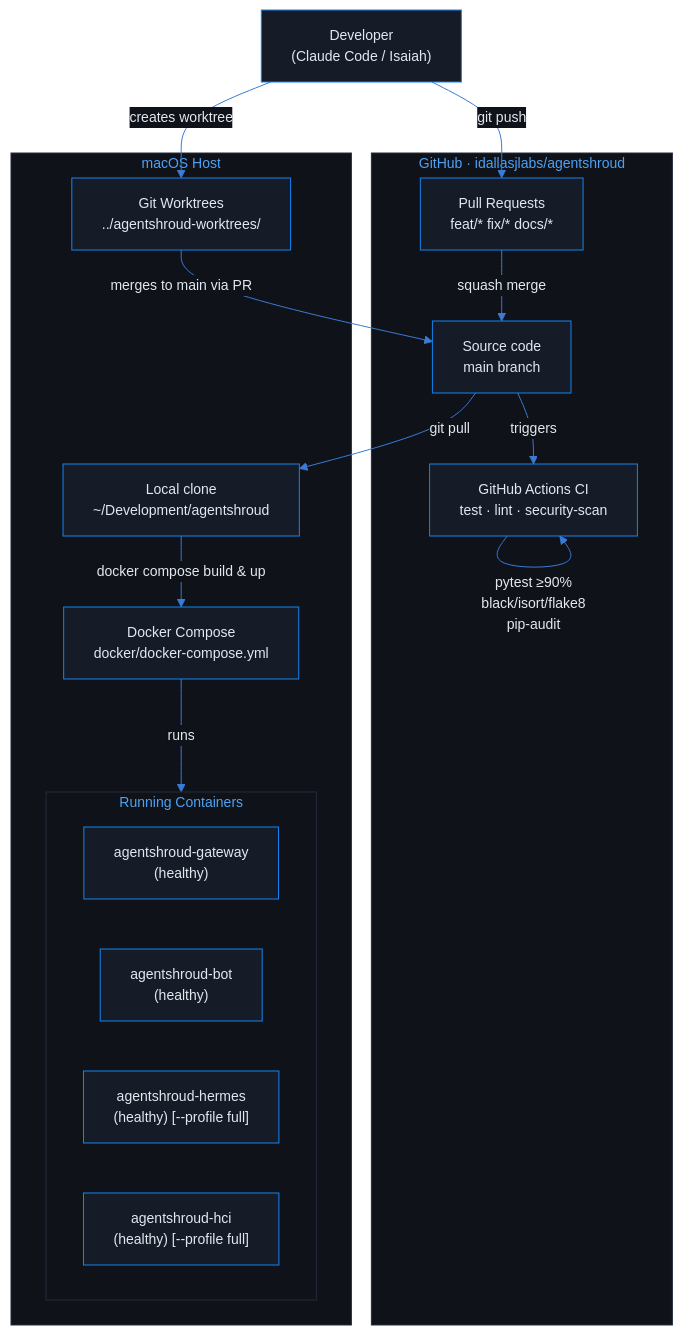
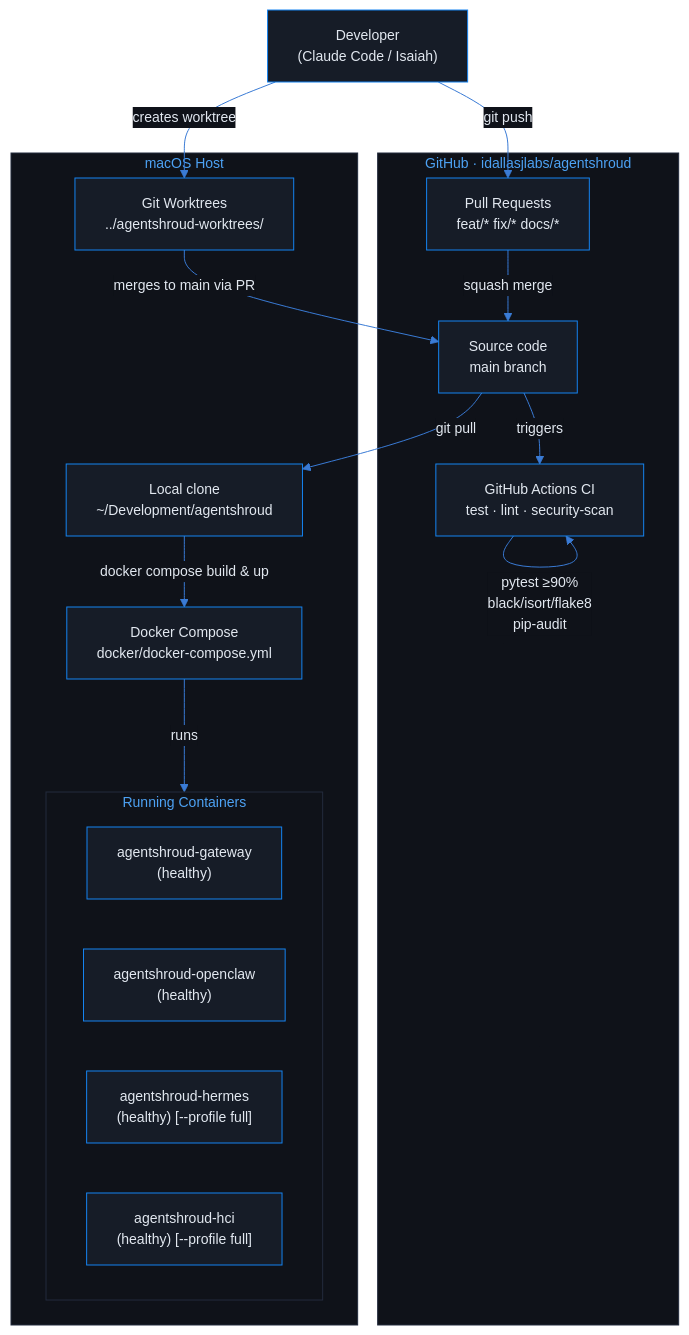
Before and after one commit to idallasjlabs/agentshroud: the third of 3 diagrams in docs/diagrams/02-infrastructure.md, drawn with Mermaid. The commit also changed other lines of this file and 69 other files, not shown here.

````diff
--- a/docs/diagrams/02-infrastructure.md
+++ b/docs/diagrams/02-infrastructure.md
@@ -115,34 +115,34 @@
 ```mermaid
 %%{init: {'theme': 'base', 'themeVariables': {'primaryColor': '#161c27', 'primaryTextColor': '#e2e8f0', 'primaryBorderColor': '#1583f0', 'lineColor': '#3a7bd5', 'secondaryColor': '#0f1219', 'tertiaryColor': '#08090b', 'background': '#08090b', 'mainBkg': '#161c27', 'nodeBorder': '#1583f0', 'clusterBkg': '#0f1219', 'clusterBorder': '#232b3d', 'titleColor': '#4da2f4', 'edgeLabelBackground': '#0f1219', 'fontFamily': 'Inter, system-ui, sans-serif', 'fontSize': '14px'}}}%%
 graph TB
     subgraph GitHub["GitHub  ·  idallasjlabs/agentshroud"]
         REPO["Source code\nmain branch"]
         CI["GitHub Actions CI\ntest · lint · security-scan"]
         PR["Pull Requests\nfeat/* fix/* docs/*"]
     end
 
     subgraph MacOS["macOS Host"]
         CLONE["Local clone\n~/Development/agentshroud"]
         WORKTREES["Git Worktrees\n../agentshroud-worktrees/<branch>"]
         DC["Docker Compose\ndocker/docker-compose.yml"]
 
         subgraph Running["Running Containers"]
             GW_C["agentshroud-gateway\n(healthy)"]
-            BOT_C["agentshroud-bot\n(healthy)"]
+            BOT_C["agentshroud-openclaw\n(healthy)"]
             HERMES_C["agentshroud-hermes\n(healthy) [--profile full]"]
             HCI_C["agentshroud-hci\n(healthy) [--profile full]"]
         end
     end
 
     DEV["Developer\n(Claude Code / Isaiah)"] -->|"git push"| PR
     PR -->|"squash merge"| REPO
     REPO -->|"triggers"| CI
     CI -->|"pytest ≥90%\nblack/isort/flake8\npip-audit"| CI
 
     REPO -->|"git pull"| CLONE
     CLONE -->|"docker compose build & up"| DC
     DC -->|"runs"| Running
 
     DEV -->|"creates worktree"| WORKTREES
     WORKTREES -->|"merges to main via PR"| REPO
 ```
````
